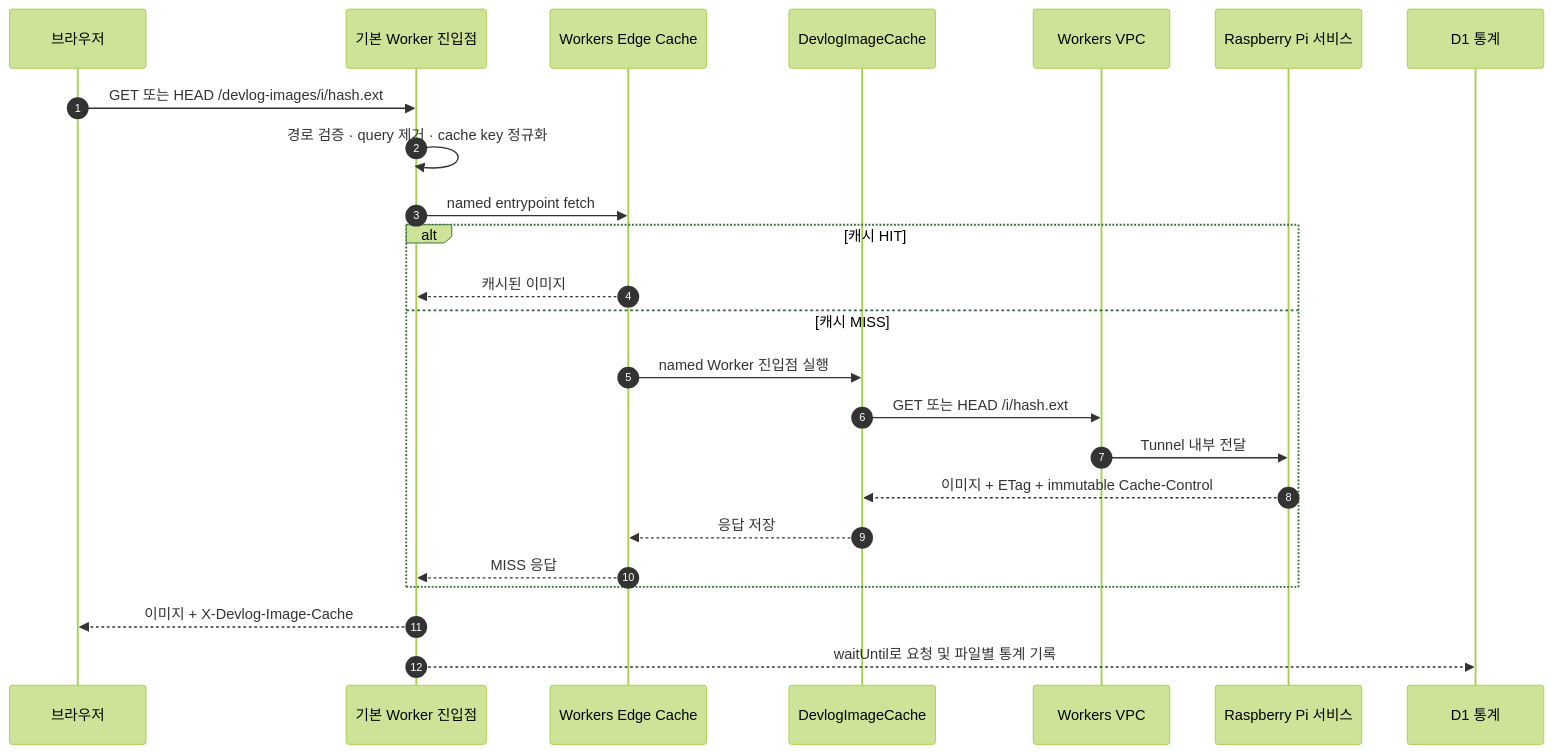
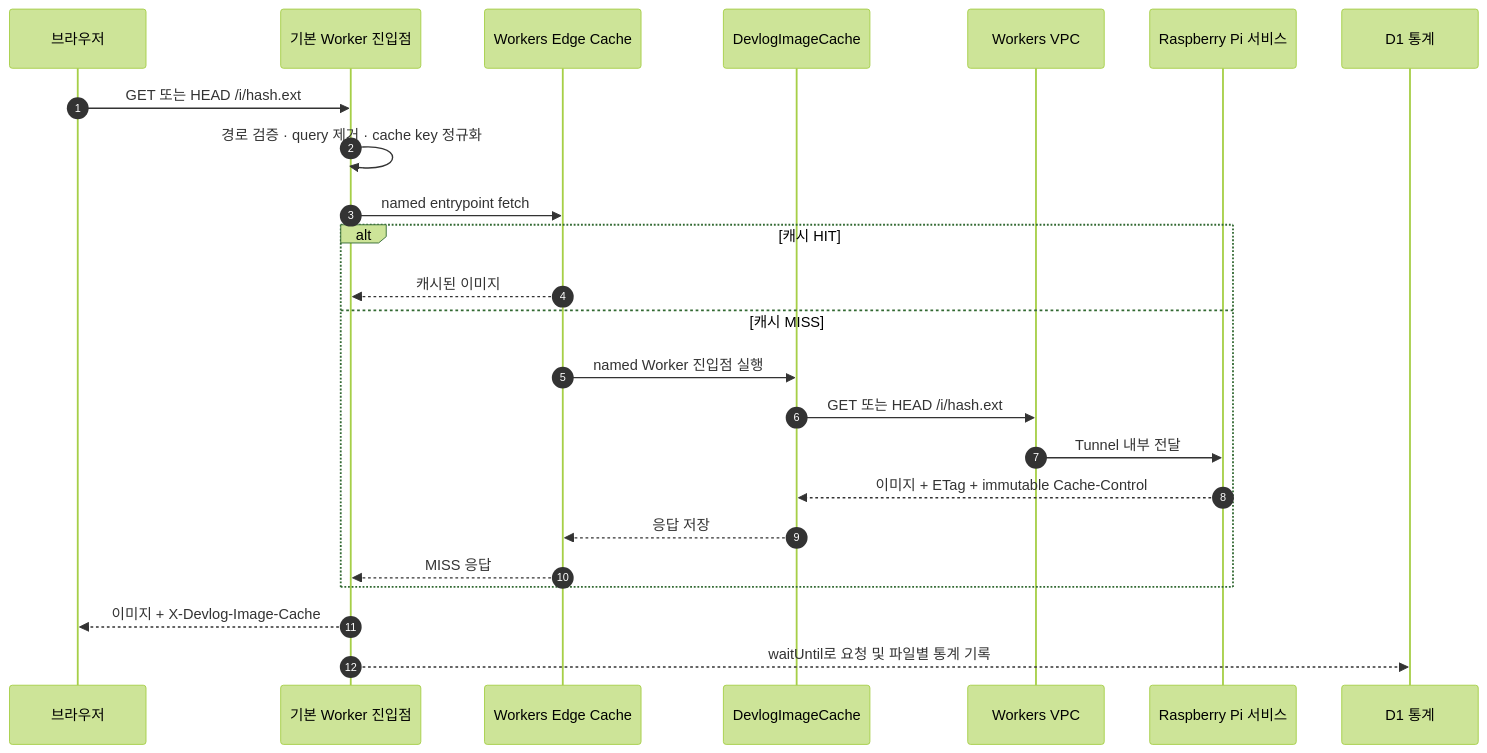
The third of 3 diagrams in docs/IMAGE_ATTACHMENT_SERVICE_ARCHITECTURE.md (Nanjang/codexboard), drawn with Mermaid (forest theme) before and after one commit. The commit also changed other lines of this file, not shown here.

Commit message:
docs: align image architecture with unified route

````diff
--- a/docs/IMAGE_ATTACHMENT_SERVICE_ARCHITECTURE.md
+++ b/docs/IMAGE_ATTACHMENT_SERVICE_ARCHITECTURE.md
@@ -73,27 +73,27 @@
 ```mermaid
 sequenceDiagram
     autonumber
     participant B as 브라우저
     participant G as 기본 Worker 진입점
     participant C as Workers Edge Cache
     participant E as DevlogImageCache
     participant V as Workers VPC
     participant P as Raspberry Pi 서비스
     participant D as D1 통계
 
-    B->>G: GET 또는 HEAD /devlog-images/i/hash.ext
+    B->>G: GET 또는 HEAD /i/hash.ext
     G->>G: 경로 검증 · query 제거 · cache key 정규화
     G->>C: named entrypoint fetch
     alt 캐시 HIT
         C-->>G: 캐시된 이미지
     else 캐시 MISS
         C->>E: named Worker 진입점 실행
         E->>V: GET 또는 HEAD /i/hash.ext
         V->>P: Tunnel 내부 전달
         P-->>E: 이미지 + ETag + immutable Cache-Control
         E-->>C: 응답 저장
         C-->>G: MISS 응답
     end
     G-->>B: 이미지 + X-Devlog-Image-Cache
     G-->>D: waitUntil로 요청 및 파일별 통계 기록
 ```
````
